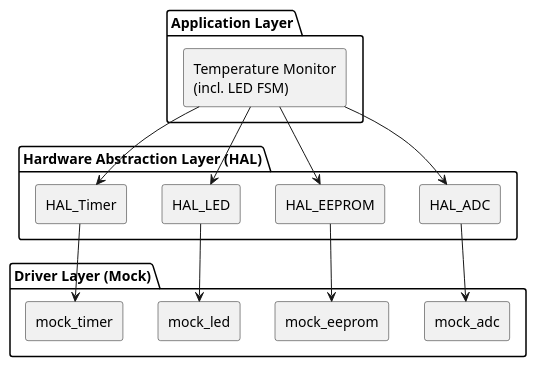
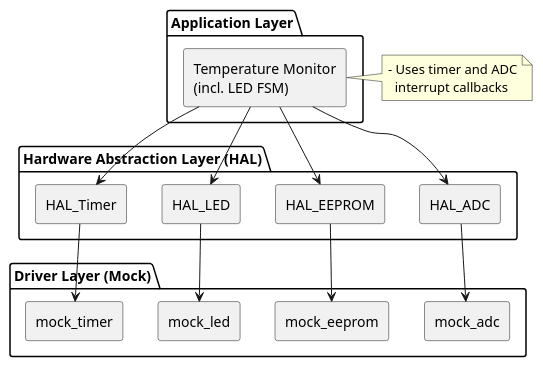
One commit to ahieb/temp_monitor changed the diagram in docs/diagrams/block_diagram.puml. Above: the diagram before and after it, drawn with PlantUML. The commit also changed 3 other files, not shown here.

```diff
--- a/docs/diagrams/block_diagram.puml
+++ b/docs/diagrams/block_diagram.puml
@@ -1,32 +1,37 @@
 @startuml block_diagram
 skinparam componentStyle rectangle
 
 package "Application Layer" {
     [Temperature Monitor\n(incl. LED FSM)] as TM
 }
 
 package "Hardware Abstraction Layer (HAL)" {
     [HAL_ADC] as ADC
     [HAL_EEPROM] as EEPROM
     [HAL_LED] as LED
     [HAL_Timer] as TMR
 }
 
 package "Driver Layer (Mock)" {
     [mock_adc] as MADC
     [mock_eeprom] as MEEPROM
     [mock_led] as MLED
     [mock_timer] as MTMR
 }
 
+note right of TM
+  - Uses timer and ADC
+    interrupt callbacks
+end note
+
 TM --> ADC
 TM --> EEPROM
 TM --> LED
 TM --> TMR
 
 ADC --> MADC
 EEPROM --> MEEPROM
 LED --> MLED
 TMR --> MTMR
 
 @enduml
```
